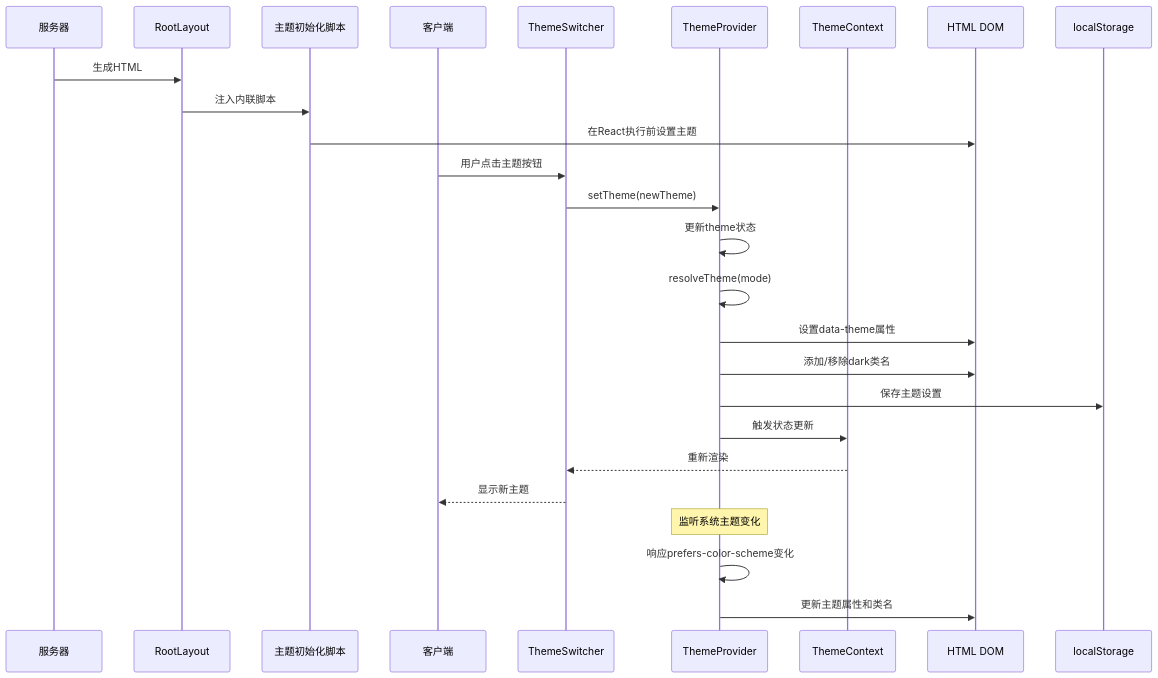
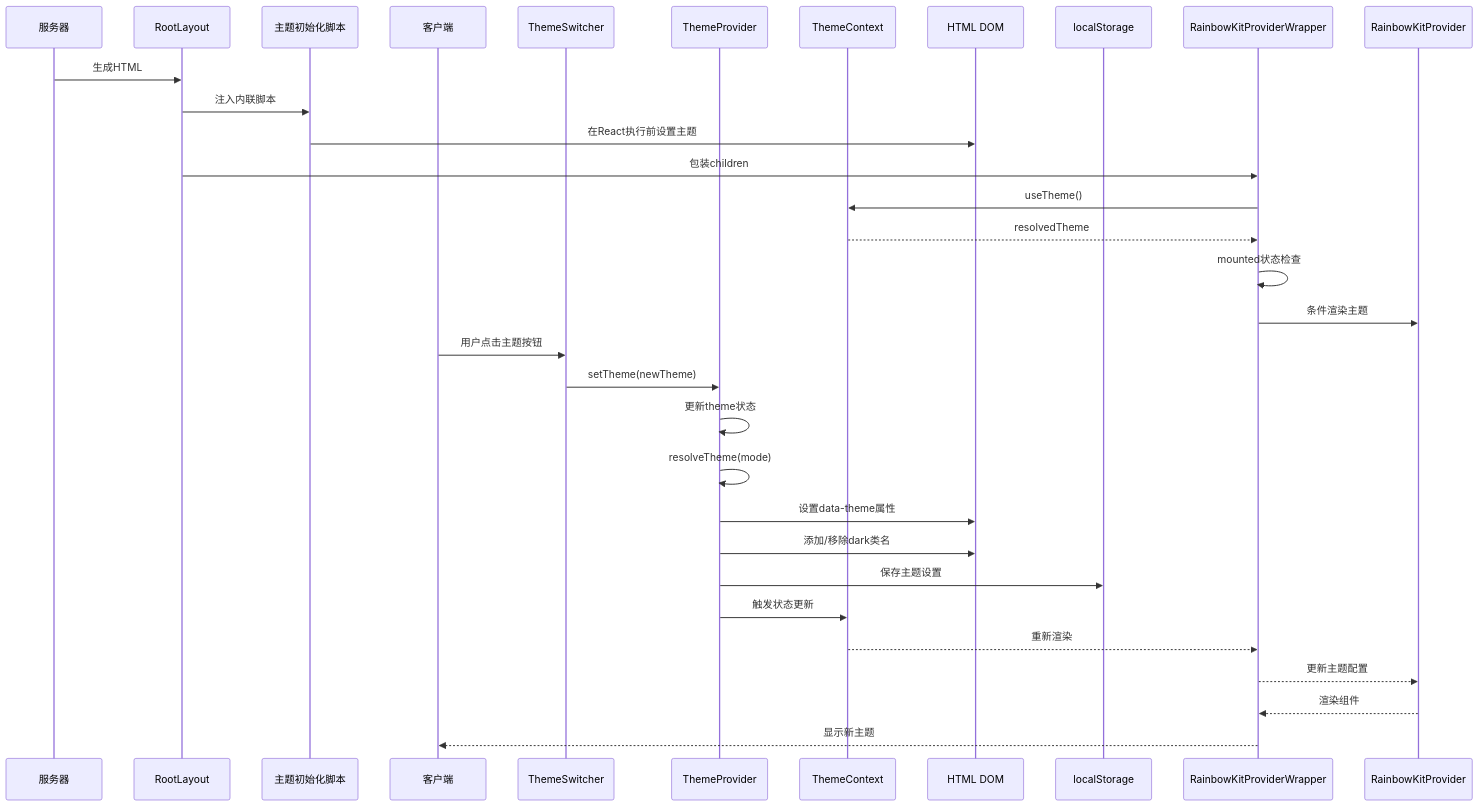
The second of 21 diagrams in .qoder/repowiki/zh/content/项目概述/整体架构概览/Web应用程序/主题系统实现.md (CryptoLinxu/Web3-AI-Agent), drawn with Mermaid before and after one commit. The commit also changed other lines of this file and 7 other files, not shown here.

````diff
--- a/.qoder/repowiki/zh/content/项目概述/整体架构概览/Web应用程序/主题系统实现.md
+++ b/.qoder/repowiki/zh/content/项目概述/整体架构概览/Web应用程序/主题系统实现.md
@@ -168,28 +199,34 @@
 ```mermaid
 sequenceDiagram
 participant Server as 服务器
 participant Layout as RootLayout
 participant Script as 主题初始化脚本
 participant Client as 客户端
 participant Switcher as ThemeSwitcher
 participant Provider as ThemeProvider
 participant Context as ThemeContext
 participant DOM as HTML DOM
 participant Storage as localStorage
+participant Wrapper as RainbowKitProviderWrapper
+participant RK as RainbowKitProvider
 Server->>Layout : 生成HTML
 Layout->>Script : 注入内联脚本
 Script->>DOM : 在React执行前设置主题
+Layout->>Wrapper : 包装children
+Wrapper->>Context : useTheme()
+Context-->>Wrapper : resolvedTheme
+Wrapper->>Wrapper : mounted状态检查
+Wrapper->>RK : 条件渲染主题
 Client->>Switcher : 用户点击主题按钮
 Switcher->>Provider : setTheme(newTheme)
 Provider->>Provider : 更新theme状态
 Provider->>Provider : resolveTheme(mode)
 Provider->>DOM : 设置data-theme属性
 Provider->>DOM : 添加/移除dark类名
 Provider->>Storage : 保存主题设置
 Provider->>Context : 触发状态更新
-Context-->>Switcher : 重新渲染
-Switcher-->>Client : 显示新主题
-Note over Provider : 监听系统主题变化
-Provider->>Provider : 响应prefers-color-scheme变化
-Provider->>DOM : 更新主题属性和类名
+Context-->>Wrapper : 重新渲染
+Wrapper-->>RK : 更新主题配置
+RK-->>Wrapper : 渲染组件
+Wrapper-->>Client : 显示新主题
 ```
````
